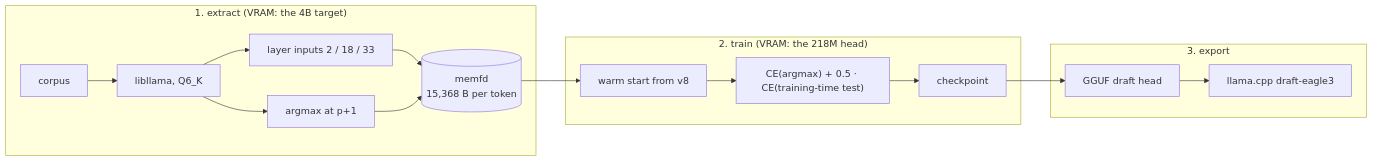
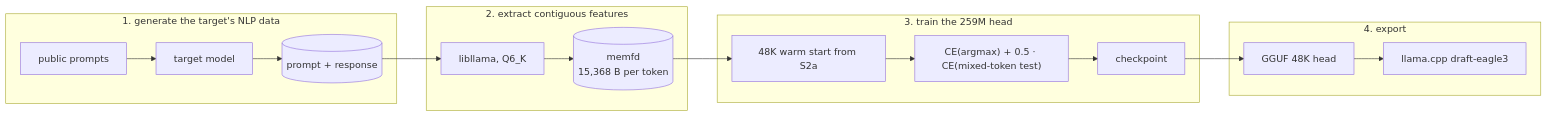
Before and after one commit to TiaoFeng/spark-eagle3-forge: the diagram in README.md, drawn with Mermaid. The commit also changed other lines of this file and 1 other file, not shown here.

First line of the commit message:
docs: rewrite the front page for the S2b 48K head

````diff
--- a/README.md
+++ b/README.md
@@ -51,19 +52,20 @@
 ```mermaid
 flowchart LR
-    subgraph extract["1. extract (VRAM: the 4B target)"]
-        A[corpus] --> B[libllama, Q6_K]
-        B --> C["layer inputs 2 / 18 / 33"]
-        B --> D["argmax at p+1"]
-        C --> E[(memfd<br/>15,368 B per token)]
-        D --> E
+    subgraph gen["1. generate the target's NLP data"]
+        A[public prompts] --> B[target model]
+        B --> C[(prompt + response)]
     end
-    subgraph train["2. train (VRAM: the 218M head)"]
-        E --> F[warm start from v8]
-        F --> G["CE(argmax) + 0.5 · CE(training-time test)"]
+    subgraph ext["2. extract contiguous features"]
+        C --> D[libllama, Q6_K]
+        D --> E[(memfd<br/>15,368 B per token)]
+    end
+    subgraph train["3. train the 259M head"]
+        E --> F[48K warm start from S2a]
+        F --> G["CE(argmax) + 0.5 · CE(mixed-token test)"]
         G --> H[checkpoint]
     end
-    subgraph export["3. export"]
-        H --> I[GGUF draft head]
+    subgraph export["4. export"]
+        H --> I[GGUF 48K head]
         I --> J["llama.cpp draft-eagle3"]
     end
 ```
````
